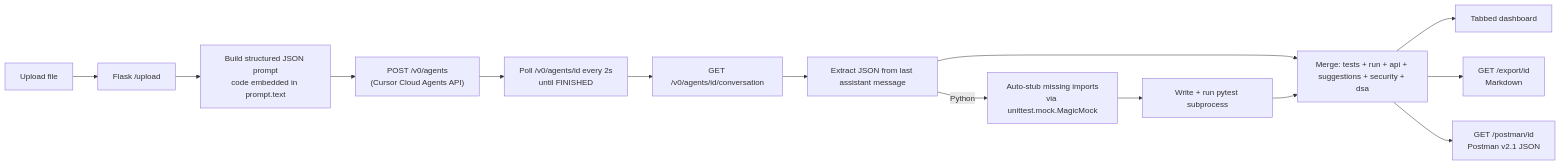
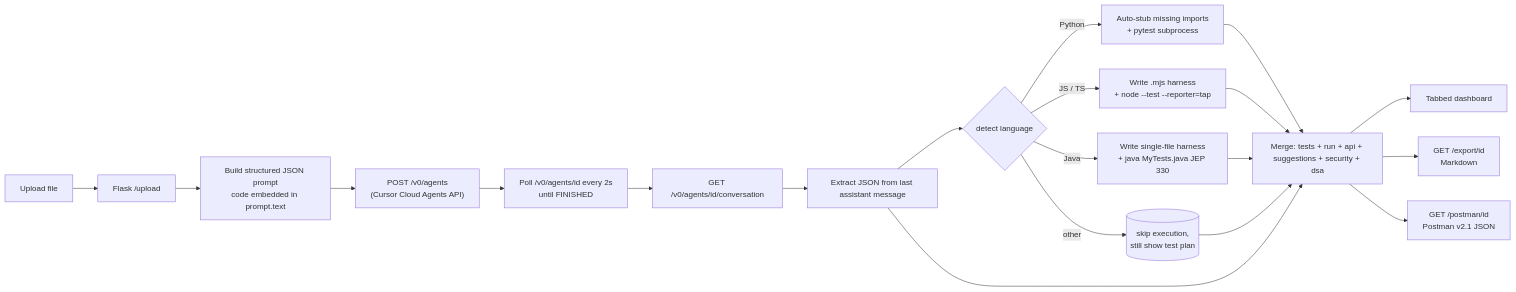
The first of 2 diagrams in README.md (Karthi-Villain/CodeXray-CursorHackathon), drawn with Mermaid before and after one commit. The commit also changed other lines of this file and 8 other files, not shown here.

Commit message:
Add multi-language test runners (JS, Java, Python) + env-var runtime config

````diff
--- a/README.md
+++ b/README.md
@@ -53,16 +58,22 @@
 ```mermaid
 flowchart LR
     U[Upload file] --> F[Flask /upload]
     F --> P[Build structured JSON prompt<br/>code embedded in prompt.text]
     P --> L["POST /v0/agents<br/>(Cursor Cloud Agents API)"]
     L --> Poll["Poll /v0/agents/id every 2s<br/>until FINISHED"]
     Poll --> C[GET /v0/agents/id/conversation]
     C --> X[Extract JSON from last assistant message]
-    X -->|Python| AS[Auto-stub missing imports<br/>via unittest.mock.MagicMock]
-    AS --> R[Write + run pytest subprocess]
+    X --> D{detect language}
+    D -->|Python| AS[Auto-stub missing imports<br/>+ pytest subprocess]
+    D -->|JS / TS| NJ[Write .mjs harness<br/>+ node --test --reporter=tap]
+    D -->|Java| JV[Write single-file harness<br/>+ java MyTests.java JEP 330]
+    D -->|other| SK[(skip execution,<br/>still show test plan)]
+    AS --> M
+    NJ --> M
+    JV --> M
+    SK --> M
     X --> M[Merge: tests + run + api + suggestions + security + dsa]
-    R --> M
     M --> UI[Tabbed dashboard]
     M --> EM[GET /export/id<br/>Markdown]
     M --> EP[GET /postman/id<br/>Postman v2.1 JSON]
 ```
````
